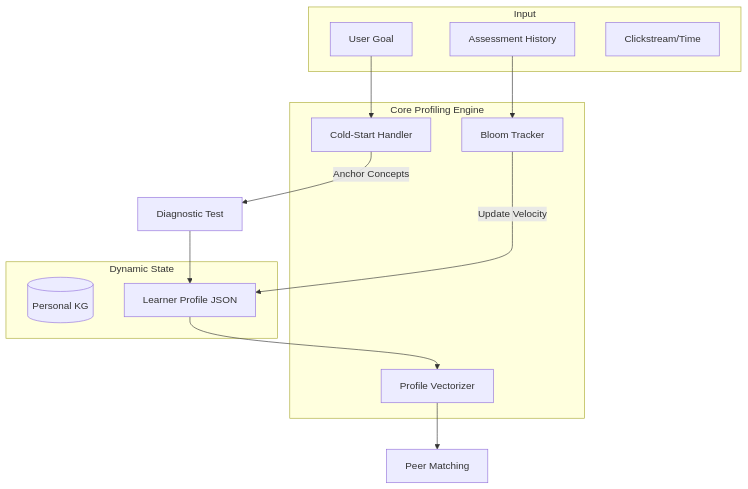
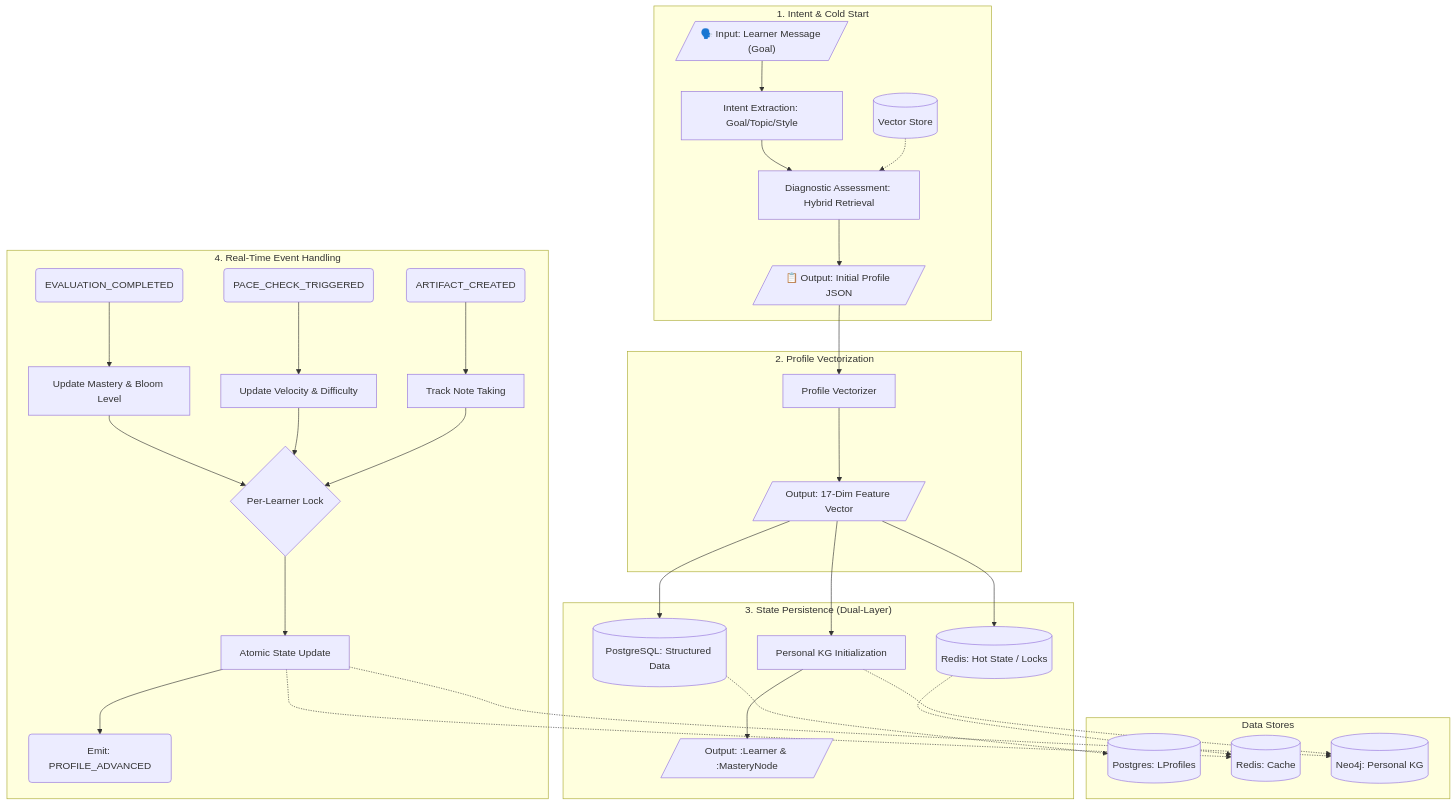
The diagram in docs/AGENT_2_PROFILER.md (MinhAn15/Agentic-Personalized-LearningPath), drawn with Mermaid before and after one commit. The commit also changed other lines of this file and 3 other files, not shown here.

Commit message:
feat: Implement initial agentic learning path system with profiler, path planner, evaluator, and tutor agents, along with supporting utilities, RL engine, and documentation.

````diff
--- a/docs/AGENT_2_PROFILER.md
+++ b/docs/AGENT_2_PROFILER.md
@@ -12,29 +12,48 @@
 ```mermaid
-flowchart TD
-    subgraph Input
-        GOAL[User Goal]
-        HIST[Assessment History]
-        BEHAVIOR[Clickstream/Time]
+graph TD
+    subgraph "1. Intent & Cold Start"
+        IN1[/"🗣️ Input: Learner Message (Goal)"/]
+        VEC_STORE[(Vector Store)]
+        IN1 --> INTENT[Intent Extraction: Goal/Topic/Style]
+        INTENT --> DIAG[Diagnostic Assessment: Hybrid Retrieval]
+        VEC_STORE -.-> DIAG
+        DIAG --> OUT1[/"📋 Output: Initial Profile JSON"/]
     end
 
-    subgraph "Core Profiling Engine"
-        COLD[Cold-Start Handler]
-        BLOOM[Bloom Tracker]
-        VECTOR[Profile Vectorizer]
+    subgraph "2. Profile Vectorization"
+        OUT1 --> VECTOR[Profile Vectorizer]
+        VECTOR --> VEC_OUT[/"Output: 17-Dim Feature Vector"/]
     end
 
-    subgraph "Dynamic State"
-        P_KG[(Personal KG)]
-        L_PROF[Learner Profile JSON]
+    subgraph "3. State Persistence (Dual-Layer)"
+        VEC_OUT --> POSTGRES[(PostgreSQL: Structured Data)]
+        VEC_OUT --> REDIS[(Redis: Hot State / Locks)]
+        VEC_OUT --> NEO4J_INIT[Personal KG Initialization]
+        NEO4J_INIT --> NEO_OUT[/"Output: :Learner & :MasteryNode"/]
     end
 
-    GOAL --> COLD
-    COLD -- "Anchor Concepts" --> DIAG[Diagnostic Test]
-    DIAG --> L_PROF
+    subgraph "4. Real-Time Event Handling"
+        EVENT1(EVALUATION_COMPLETED) --> H_EVAL[Update Mastery & Bloom Level]
+        EVENT2(PACE_CHECK_TRIGGERED) --> H_PACE[Update Velocity & Difficulty]
+        EVENT3(ARTIFACT_CREATED) --> H_ART[Track Note Taking]
+        
+        H_EVAL --> LOCK{Per-Learner Lock}
+        H_PACE --> LOCK
+        H_ART --> LOCK
+        
+        LOCK --> STATE_UPD[Atomic State Update]
+        STATE_UPD --> PUB(Emit: PROFILE_ADVANCED)
+    end
+    
+    subgraph "Data Stores"
+        PG[(Postgres: LProfiles)]
+        RD[(Redis: Cache)]
+        N4J[(Neo4j: Personal KG)]
+    end
 
-    HIST --> BLOOM
-    BLOOM -- "Update Velocity" --> L_PROF
-
-    L_PROF --> VECTOR
-    VECTOR --> MATCH[Peer Matching]
+    POSTGRES -.-> PG
+    REDIS -.-> RD
+    NEO4J_INIT -.-> N4J
+    STATE_UPD -.-> RD
+    STATE_UPD -.-> N4J
 ```
````
